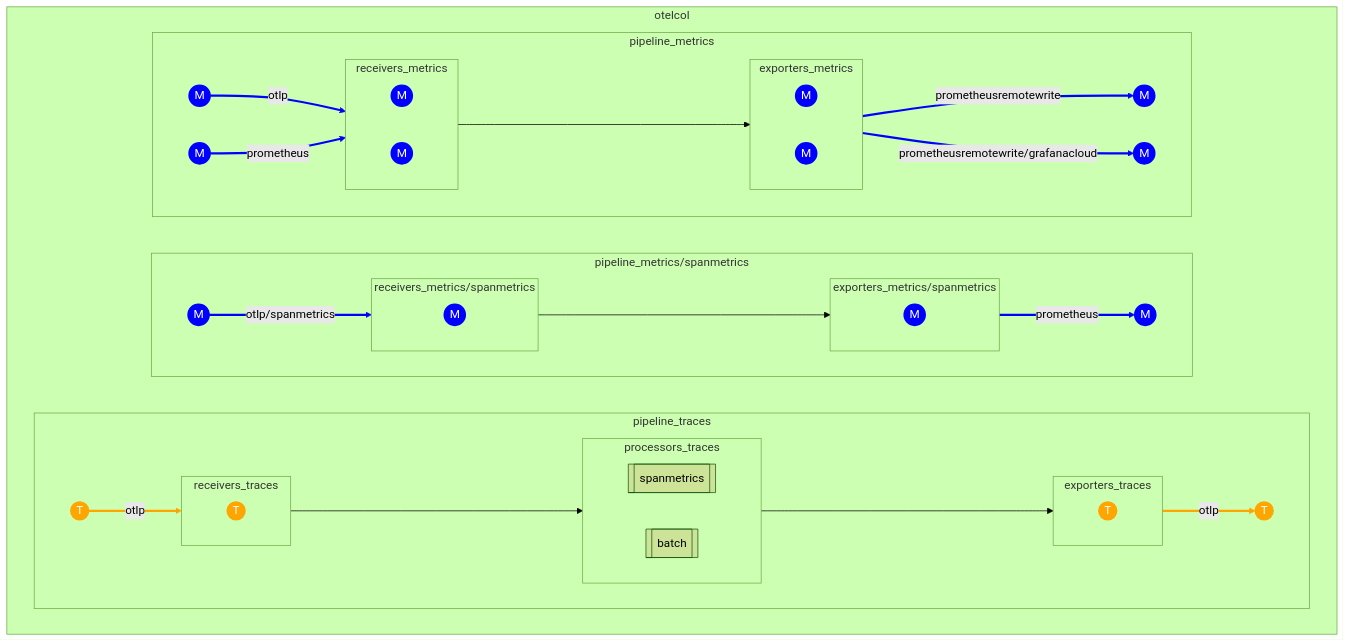
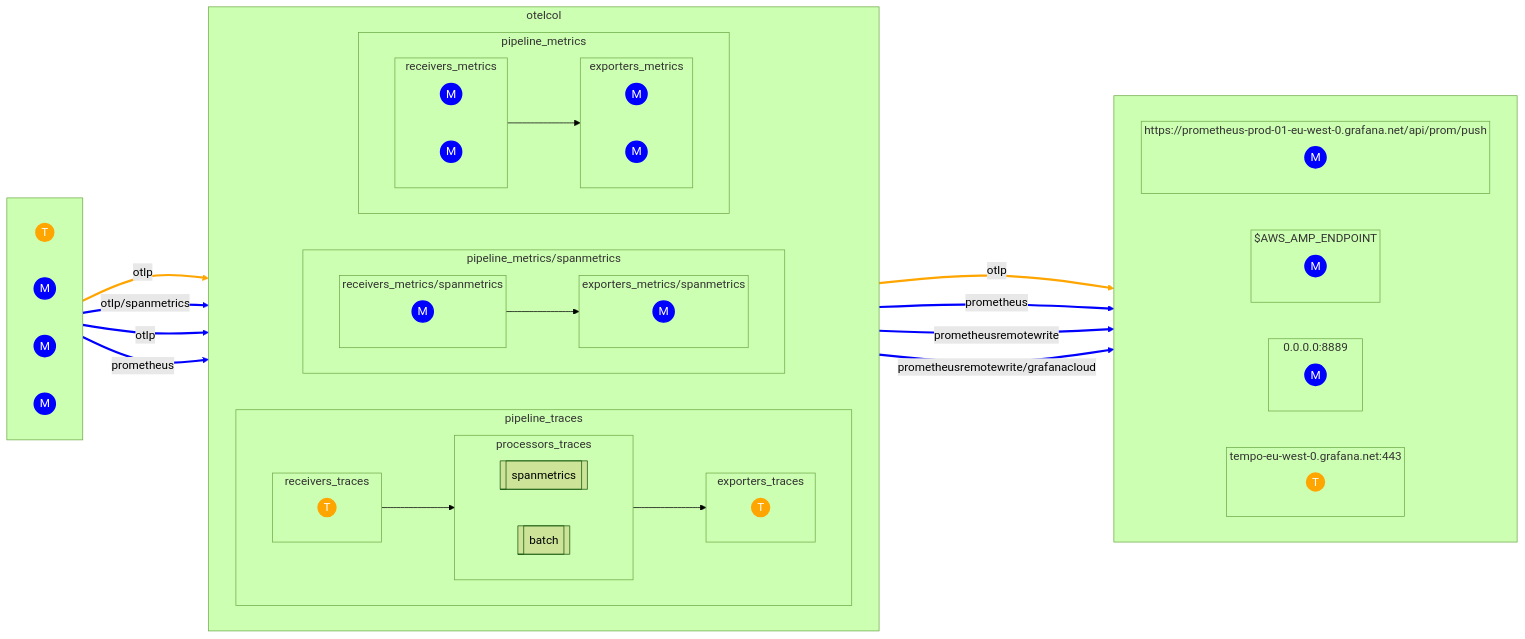
The diagram in src/main/resources/static/GeneratedDiagram.md (devrimdemiroz/opentelemetry-browser), drawn with Mermaid (forest theme) before and after one commit. The commit also changed 2 other files, not shown here.

Commit message:
auto generated mermaid diagram is contains more and code more human readable

````diff
--- a/src/main/resources/static/GeneratedDiagram.md
+++ b/src/main/resources/static/GeneratedDiagram.md
@@ -1,46 +1,57 @@
-```mermaid
-flowchart TD
+```mermaid 
+flowchart LR
 classDef tclass fill:orange,stroke:orange,stroke-width:2px,color:#fff
 classDef mclass fill:blue,stroke:blue,stroke-width:2px,color:#fff
+subgraph receiverNodes[" "]
+direction LR
+          otlp0((T)):::tclass
+          otlp/spanmetrics6((M)):::mclass
+          otlp10((M)):::mclass
+          prometheus12((M)):::mclass
+
+end
 subgraph otelcol
 direction LR
-  subgraph pipeline_traces
+    subgraph pipeline_traces
   direction LR
       subgraph receivers_traces
       direction LR
           otlp1((T)):::tclass
       end
-      otlp0((T)):::tclass-->|otlp|otlp1((T)):::tclass
-        linkStyle 0 stroke:orange,stroke-width:3px
+
       subgraph processors_traces
       direction LR
           spanmetrics2[[spanmetrics]]
           batch3[[batch]]
       end
+
       subgraph exporters_traces
       direction LR
           otlp5((T)):::tclass
       end
-      otlp5((T)):::tclass-->|otlp|otlp4((T)):::tclass
-        linkStyle 1 stroke:orange,stroke-width:3px
-  receivers_traces----->processors_traces----->exporters_traces
+
   end
+
   subgraph pipeline_metrics/spanmetrics
   direction LR
       subgraph receivers_metrics/spanmetrics
       direction LR
           otlp/spanmetrics7((M)):::mclass
       end
-      otlp/spanmetrics6((M)):::mclass-->|otlp/spanmetrics|otlp/spanmetrics7((M)):::mclass
-        linkStyle 4 stroke:blue,stroke-width:3px
+
+      subgraph processors_traces
+      direction LR
+          spanmetrics2[[spanmetrics]]
+          batch3[[batch]]
+      end
+
       subgraph exporters_metrics/spanmetrics
       direction LR
           prometheus9((M)):::mclass
       end
-      prometheus9((M)):::mclass-->|prometheus|prometheus8((M)):::mclass
-        linkStyle 5 stroke:blue,stroke-width:3px
-  receivers_metrics/spanmetrics----->exporters_metrics/spanmetrics
+
   end
+
   subgraph pipeline_metrics
   direction LR
       subgraph receivers_metrics
@@ -48,20 +59,78 @@
           otlp11((M)):::mclass
           prometheus13((M)):::mclass
       end
-      otlp10((M)):::mclass-->|otlp|otlp11((M)):::mclass
-        linkStyle 7 stroke:blue,stroke-width:3px
-prometheus12((M)):::mclass-->|prometheus|prometheus13((M)):::mclass
-        linkStyle 8 stroke:blue,stroke-width:3px
+
+      subgraph processors_traces
+      direction LR
+          spanmetrics2[[spanmetrics]]
+          batch3[[batch]]
+      end
+
       subgraph exporters_metrics
       direction LR
           prometheusremotewrite15((M)):::mclass
           prometheusremotewrite/grafanacloud17((M)):::mclass
       end
-      prometheusremotewrite15((M)):::mclass-->|prometheusremotewrite|prometheusremotewrite14((M)):::mclass
+
+  end
+
+
+end
+subgraph exporterNodes[" "]
+direction LR
+          subgraph otlp4_sg[tempo-eu-west-0.grafana.net:443]
+          direction LR
+          otlp4((T)):::tclass
+         end
+
+          subgraph prometheus8_sg[0.0.0.0:8889]
+          direction LR
+          prometheus8((M)):::mclass
+         end
+
+          subgraph prometheusremotewrite14_sg[$AWS_AMP_ENDPOINT]
+          direction LR
+          prometheusremotewrite14((M)):::mclass
+         end
+
+          subgraph prometheusremotewrite/grafanacloud16_sg[https://prometheus-prod-01-eu-west-0.grafana.net/api/prom/push]
+          direction LR
+          prometheusremotewrite/grafanacloud16((M)):::mclass
+         end
+
+
+end
+otlp0-->|otlp|otlp1
+        linkStyle 0 stroke:orange,stroke-width:3px
+
+otlp5-->|otlp|otlp4
+        linkStyle 1 stroke:orange,stroke-width:3px
+
+receivers_traces-->processors_traces
+
+processors_traces-->exporters_traces
+
+otlp/spanmetrics6-->|otlp/spanmetrics|otlp/spanmetrics7
+        linkStyle 4 stroke:blue,stroke-width:3px
+
+prometheus9-->|prometheus|prometheus8
+        linkStyle 5 stroke:blue,stroke-width:3px
+
+receivers_metrics/spanmetrics-->exporters_metrics/spanmetrics
+
+otlp10-->|otlp|otlp11
+        linkStyle 7 stroke:blue,stroke-width:3px
+
+prometheus12-->|prometheus|prometheus13
+        linkStyle 8 stroke:blue,stroke-width:3px
+
+prometheusremotewrite15-->|prometheusremotewrite|prometheusremotewrite14
         linkStyle 9 stroke:blue,stroke-width:3px
-prometheusremotewrite/grafanacloud17((M)):::mclass-->|prometheusremotewrite/grafanacloud|prometheusremotewrite/grafanacloud16((M)):::mclass
+
+prometheusremotewrite/grafanacloud17-->|prometheusremotewrite/grafanacloud|prometheusremotewrite/grafanacloud16
         linkStyle 10 stroke:blue,stroke-width:3px
-  receivers_metrics----->exporters_metrics
-  end
-end
+
+receivers_metrics-->exporters_metrics
+
+
 ```
````
